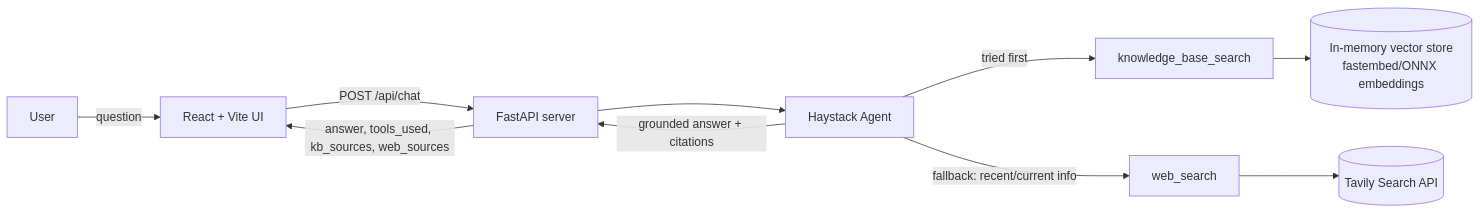
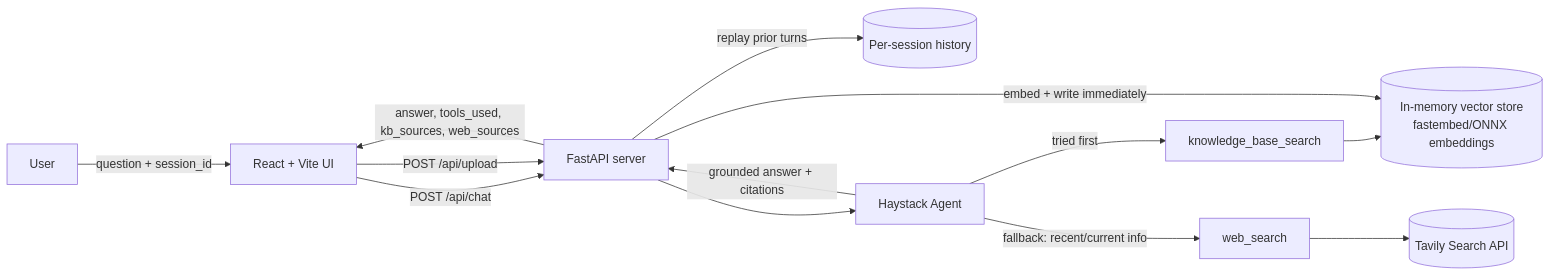
One commit to Vivek151003/agentic-rag-web-assistant changed the diagram in README.md. Above: the diagram before and after it, drawn with Mermaid. The commit also changed other lines of this file and 2 other files, not shown here.

````diff
--- a/README.md
+++ b/README.md
@@ -13,12 +19,16 @@
 ```mermaid
 flowchart LR
-    U[User] -->|question| FE[React + Vite UI]
+    U[User] -->|question + session_id| FE[React + Vite UI]
     FE -->|POST /api/chat| API[FastAPI server]
+    API -->|replay prior turns| HIST[(Per-session history)]
     API --> AG[Haystack Agent]
     AG -->|tried first| KB[knowledge_base_search]
     AG -->|fallback: recent/current info| WEB[web_search]
     KB --> STORE[(In-memory vector store<br/>fastembed/ONNX embeddings)]
     WEB --> TAVILY[(Tavily Search API)]
     AG -->|grounded answer + citations| API
     API -->|answer, tools_used, kb_sources, web_sources| FE
+
+    FE -->|POST /api/upload| API
+    API -->|embed + write immediately| STORE
 ```
````
